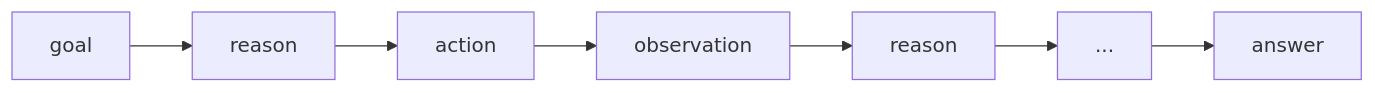
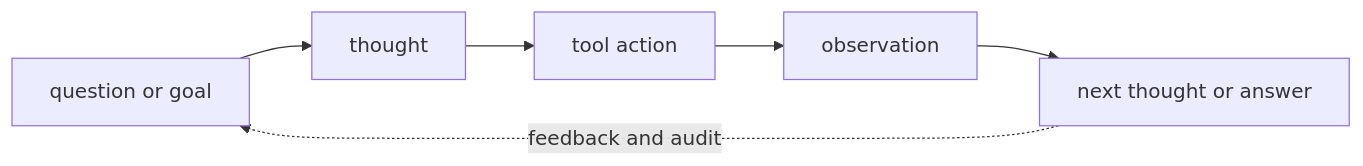
One commit to niyama-admin/learning-lab changed the first of 2 diagrams in llm-learning-repository/tutorials/02-building/10-react.md. Above: the diagram before and after it, drawn with Mermaid. The commit also changed other lines of this file and 24 other files, not shown here.

````diff
--- a/llm-learning-repository/tutorials/02-building/10-react.md
+++ b/llm-learning-repository/tutorials/02-building/10-react.md
@@ -9,9 +22,8 @@
 ```mermaid
 flowchart LR
-  A["goal"] --> B["reason"]
-  B["reason"] --> C["action"]
-  C["action"] --> D["observation"]
-  D["observation"] --> E["reason"]
-  E["reason"] --> F["..."]
-  F["..."] --> G["answer"]
+  A["question or goal"] --> B["thought"]
+  B --> C["tool action"]
+  C --> D["observation"]
+  D --> E["next thought or answer"]
+  E -. feedback and audit .-> A
 ```
````
